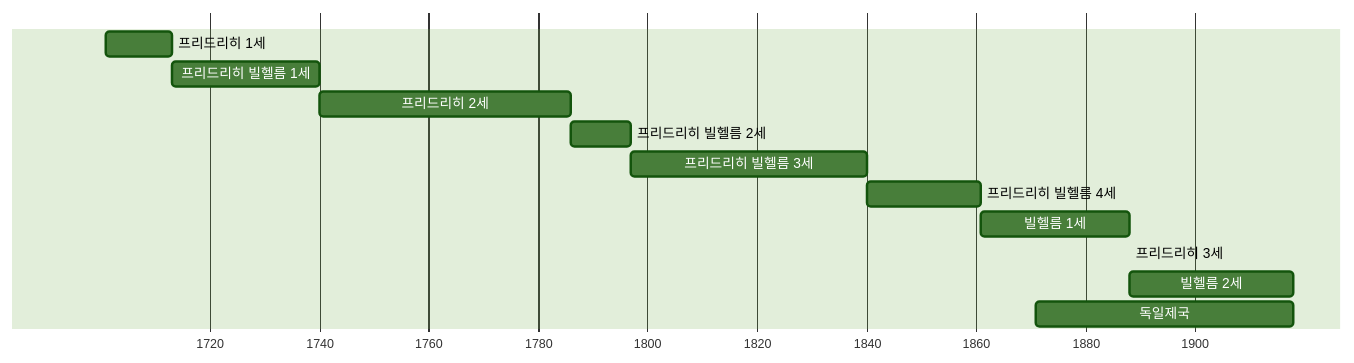
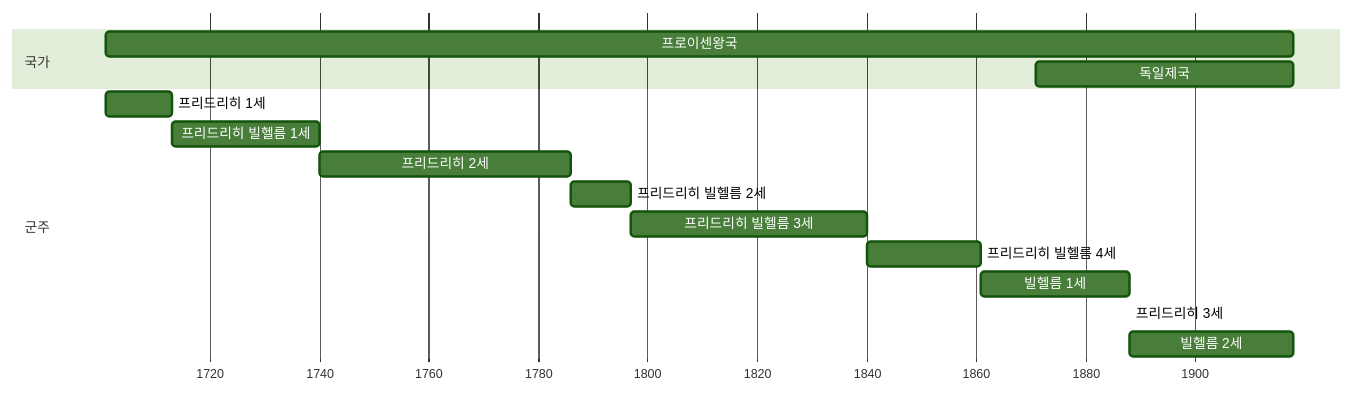
The diagram in 세계사/프로이센.md (daewonyoon/historigram), drawn with Mermaid (forest theme) before and after one commit.

Commit message:
프로이센독일제국

````diff
--- a/세계사/프로이센.md
+++ b/세계사/프로이센.md
@@ -1,19 +1,23 @@
 ```mermaid
 gantt
 
 dateFormat YYYY
 axisFormat %Y
 
+   section 국가
+   프로이센왕국 : 1701, 1918
+   독일제국 : 1871, 1918
+
+   section 군주
    프리드리히 1세 : 1701, 1713
    프리드리히 빌헬름 1세: 1713, 1740
    프리드리히 2세: 1740, 1786
    프리드리히 빌헬름 2세 : 1786, 1797
    프리드리히 빌헬름 3세 : 1797, 1840
    프리드리히 빌헬름 4세 : 1840, 1861
    빌헬름 1세 : 1861, 1888
    프리드리히 3세 : 1888, 1888
    빌헬름 2세 : 1888, 1918
 
-   독일제국 : 1871, 1918
 
 ```
````
